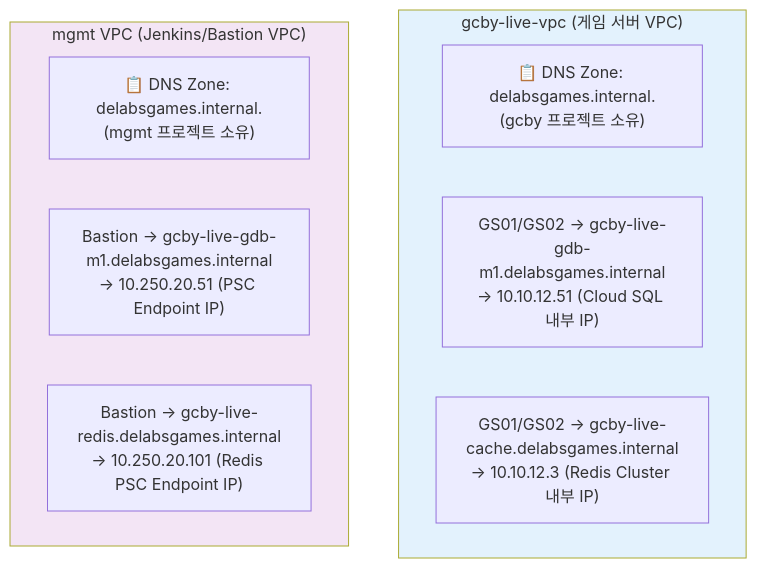
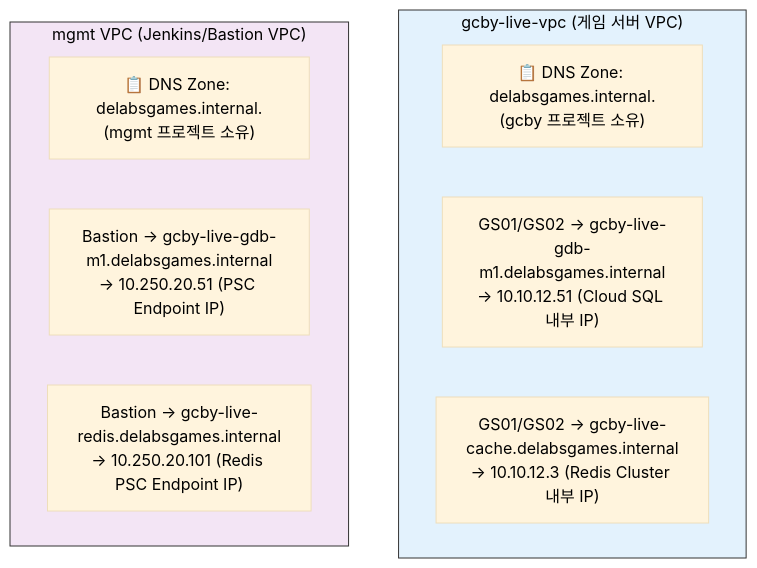
Before and after one commit to JSJ2337/GCP_terraform_code: the ninth of 9 diagrams in terraform_gcp_infra/docs/architecture/network-design.md, drawn with Mermaid. The commit also changed other lines of this file and 5 other files, not shown here.

First line of the commit message:
style: Mermaid 다이어그램 제목 가독성 개선

````diff
--- a/terraform_gcp_infra/docs/architecture/network-design.md
+++ b/terraform_gcp_infra/docs/architecture/network-design.md
@@ -1156,17 +1168,18 @@
 ```mermaid
+%%{init: {'theme': 'base', 'themeVariables': { 'primaryTextColor': '#000000', 'clusterBkg': '#ffffff', 'clusterBorder': '#333333' }}}%%
 flowchart TB
     subgraph GCBY_VPC["gcby-live-vpc (게임 서버 VPC)"]
         GCBY_DNS["📋 DNS Zone: delabsgames.internal.<br/>(gcby 프로젝트 소유)"]
         GCBY_SQL["GS01/GS02 → gcby-live-gdb-m1.delabsgames.internal<br/>→ 10.10.12.51 (Cloud SQL 내부 IP)"]
         GCBY_REDIS["GS01/GS02 → gcby-live-cache.delabsgames.internal<br/>→ 10.10.12.3 (Redis Cluster 내부 IP)"]
     end
 
     subgraph MGMT_VPC2["mgmt VPC (Jenkins/Bastion VPC)"]
         MGMT_DNS["📋 DNS Zone: delabsgames.internal.<br/>(mgmt 프로젝트 소유)"]
         MGMT_SQL["Bastion → gcby-live-gdb-m1.delabsgames.internal<br/>→ 10.250.20.51 (PSC Endpoint IP)"]
         MGMT_REDIS["Bastion → gcby-live-redis.delabsgames.internal<br/>→ 10.250.20.101 (Redis PSC Endpoint IP)"]
     end
 
-    style GCBY_VPC fill:#e3f2fd
-    style MGMT_VPC2 fill:#f3e5f5
+    style GCBY_VPC fill:#e3f2fd,color:#000000
+    style MGMT_VPC2 fill:#f3e5f5,color:#000000
 ```
````
